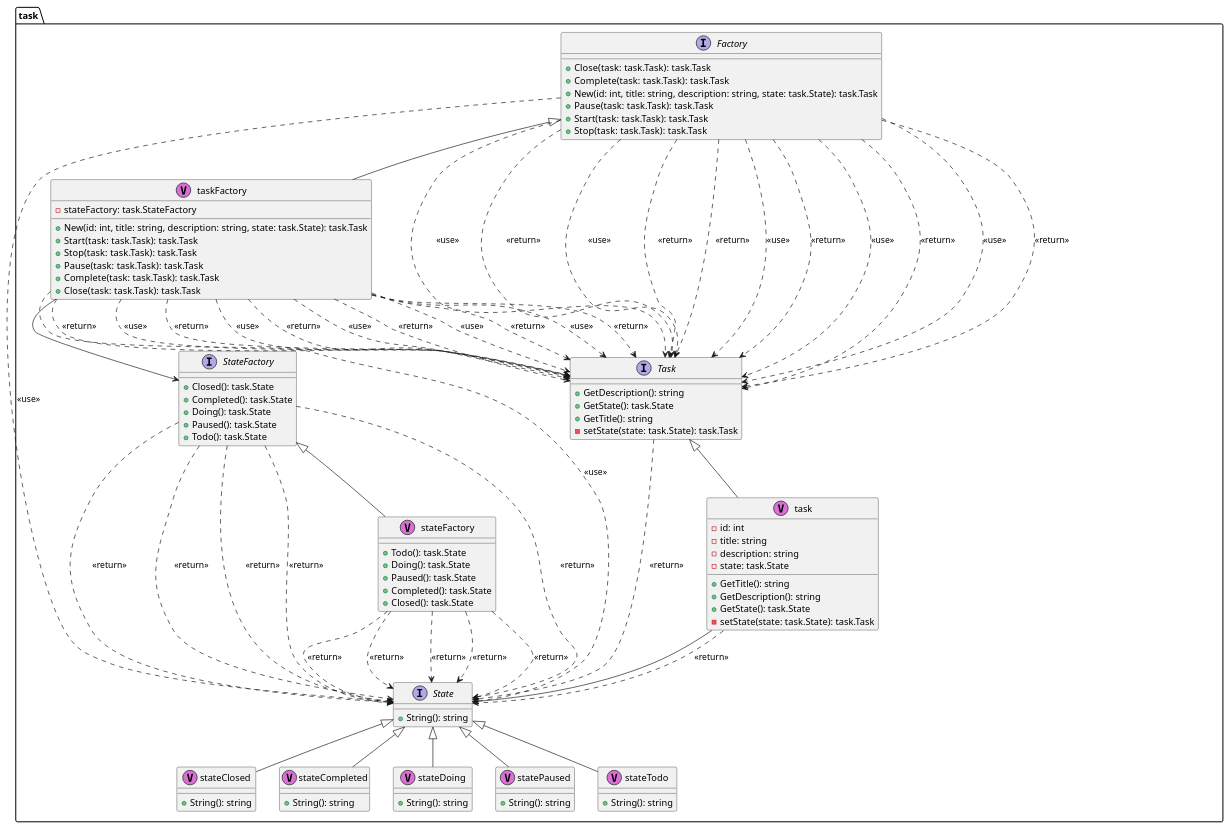
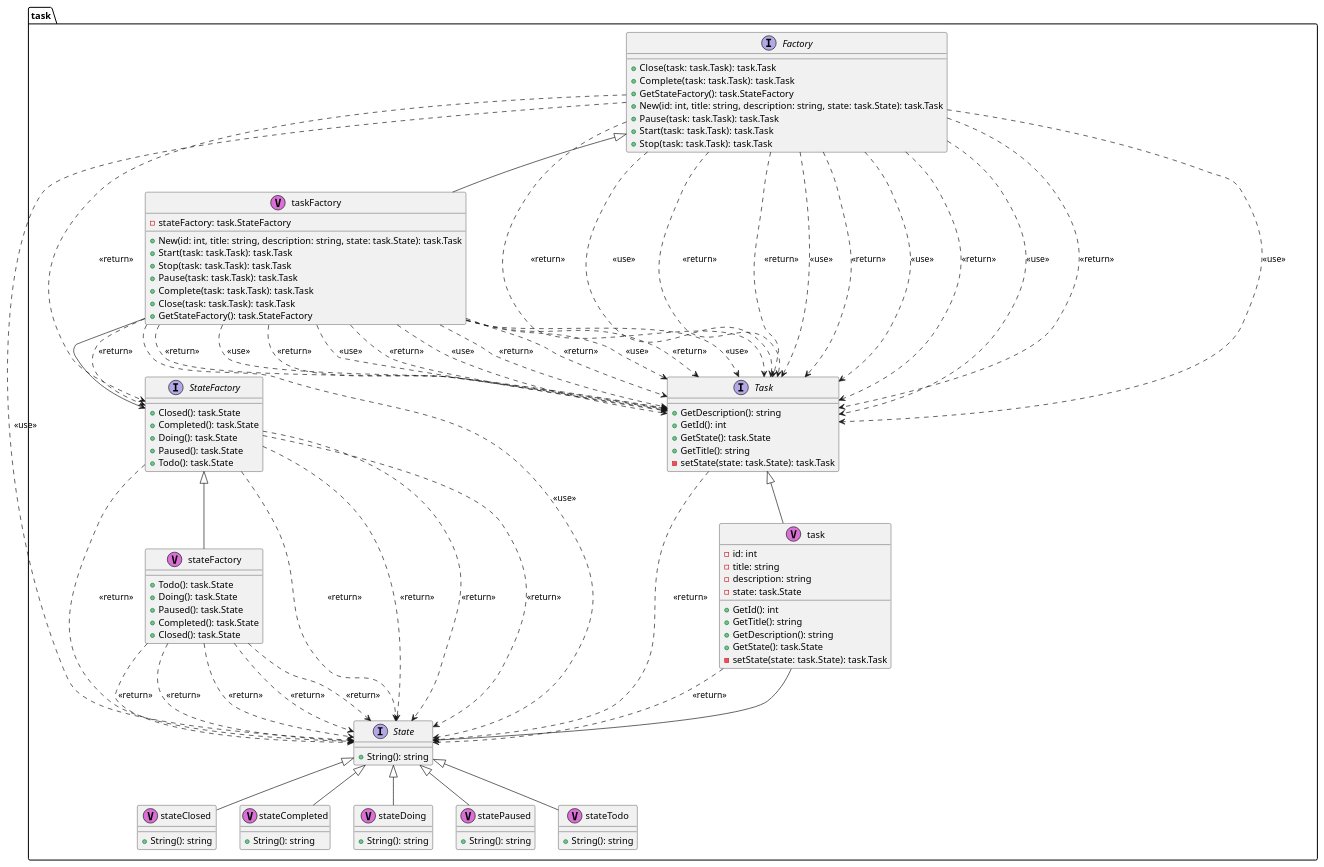
The diagram in diagram/class/task.puml (gateroot/taskforce), drawn with PlantUML before and after one commit. The commit also changed 4 other files, not shown here.

```diff
--- a/diagram/class/task.puml
+++ b/diagram/class/task.puml
@@ -1,173 +1,179 @@
 @startuml
 package "task" {
 	interface "Factory" as task.Factory {
 		+Close(task: task.Task): task.Task
 		+Complete(task: task.Task): task.Task
+		+GetStateFactory(): task.StateFactory
 		+New(id: int, title: string, description: string, state: task.State): task.Task
 		+Pause(task: task.Task): task.Task
 		+Start(task: task.Task): task.Task
 		+Stop(task: task.Task): task.Task
 	}
 }
 
 
 	task.Factory ..> task.Task : <<use>> 
 	task.Factory ..> task.Task : <<return>> 
 	task.Factory ..> task.Task : <<use>> 
 	task.Factory ..> task.Task : <<return>> 
+	task.Factory ..> task.StateFactory : <<return>> 
 	task.Factory ..> task.State : <<use>> 
 	task.Factory ..> task.Task : <<return>> 
 	task.Factory ..> task.Task : <<use>> 
 	task.Factory ..> task.Task : <<return>> 
 	task.Factory ..> task.Task : <<use>> 
 	task.Factory ..> task.Task : <<return>> 
 	task.Factory ..> task.Task : <<use>> 
 	task.Factory ..> task.Task : <<return>> 
 
 package "task" {
 	interface "State" as task.State {
 		+String(): string
 	}
 }
 
 
 
 package "task" {
 	interface "StateFactory" as task.StateFactory {
 		+Closed(): task.State
 		+Completed(): task.State
 		+Doing(): task.State
 		+Paused(): task.State
 		+Todo(): task.State
 	}
 }
 
 
 	task.StateFactory ..> task.State : <<return>> 
 	task.StateFactory ..> task.State : <<return>> 
 	task.StateFactory ..> task.State : <<return>> 
 	task.StateFactory ..> task.State : <<return>> 
 	task.StateFactory ..> task.State : <<return>> 
 
 package "task" {
 	interface "Task" as task.Task {
 		+GetDescription(): string
+		+GetId(): int
 		+GetState(): task.State
 		+GetTitle(): string
 		-setState(state: task.State): task.Task
 	}
 }
 
 
 	task.Task ..> task.State : <<return>> 
 
 package "task" {
 	class "stateClosed" as task.stateClosed <<V,Orchid>> {
 		+String(): string
 	}
 }
 
 
 
 package "task" {
 	class "stateCompleted" as task.stateCompleted <<V,Orchid>> {
 		+String(): string
 	}
 }
 
 
 
 package "task" {
 	class "stateDoing" as task.stateDoing <<V,Orchid>> {
 		+String(): string
 	}
 }
 
 
 
 package "task" {
 	class "stateFactory" as task.stateFactory <<V,Orchid>> {
 		+Todo(): task.State
 		+Doing(): task.State
 		+Paused(): task.State
 		+Completed(): task.State
 		+Closed(): task.State
 	}
 }
 
 
 	task.stateFactory ..> task.State : <<return>> 
 	task.stateFactory ..> task.State : <<return>> 
 	task.stateFactory ..> task.State : <<return>> 
 	task.stateFactory ..> task.State : <<return>> 
 	task.stateFactory ..> task.State : <<return>> 
 
 package "task" {
 	class "statePaused" as task.statePaused <<V,Orchid>> {
 		+String(): string
 	}
 }
 
 
 
 package "task" {
 	class "stateTodo" as task.stateTodo <<V,Orchid>> {
 		+String(): string
 	}
 }
 
 
 
 package "task" {
 	class "task" as task.task <<V,Orchid>> {
 		-id: int
 		-title: string
 		-description: string
 		-state: task.State
+		+GetId(): int
 		+GetTitle(): string
 		+GetDescription(): string
 		+GetState(): task.State
 		-setState(state: task.State): task.Task
 	}
 }
 
 	task.task --> task.State
 
 	task.task ..> task.State : <<return>> 
 
 package "task" {
 	class "taskFactory" as task.taskFactory <<V,Orchid>> {
 		-stateFactory: task.StateFactory
 		+New(id: int, title: string, description: string, state: task.State): task.Task
 		+Start(task: task.Task): task.Task
 		+Stop(task: task.Task): task.Task
 		+Pause(task: task.Task): task.Task
 		+Complete(task: task.Task): task.Task
 		+Close(task: task.Task): task.Task
+		+GetStateFactory(): task.StateFactory
 	}
 }
 
 	task.taskFactory --> task.StateFactory
 
 	task.taskFactory ..> task.State : <<use>> 
 	task.taskFactory ..> task.Task : <<return>> 
 	task.taskFactory ..> task.Task : <<use>> 
 	task.taskFactory ..> task.Task : <<return>> 
 	task.taskFactory ..> task.Task : <<use>> 
 	task.taskFactory ..> task.Task : <<return>> 
 	task.taskFactory ..> task.Task : <<use>> 
 	task.taskFactory ..> task.Task : <<return>> 
 	task.taskFactory ..> task.Task : <<use>> 
 	task.taskFactory ..> task.Task : <<return>> 
 	task.taskFactory ..> task.Task : <<use>> 
 	task.taskFactory ..> task.Task : <<return>> 
+	task.taskFactory ..> task.StateFactory : <<return>> 
 
 	task.stateClosed -up-|> task.State
 	task.stateCompleted -up-|> task.State
 	task.stateDoing -up-|> task.State
 	task.stateFactory -up-|> task.StateFactory
 	task.statePaused -up-|> task.State
 	task.stateTodo -up-|> task.State
 	task.task -up-|> task.Task
 	task.taskFactory -up-|> task.Factory
 @enduml
```
